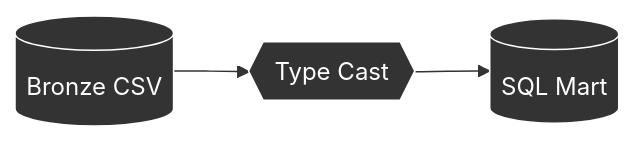
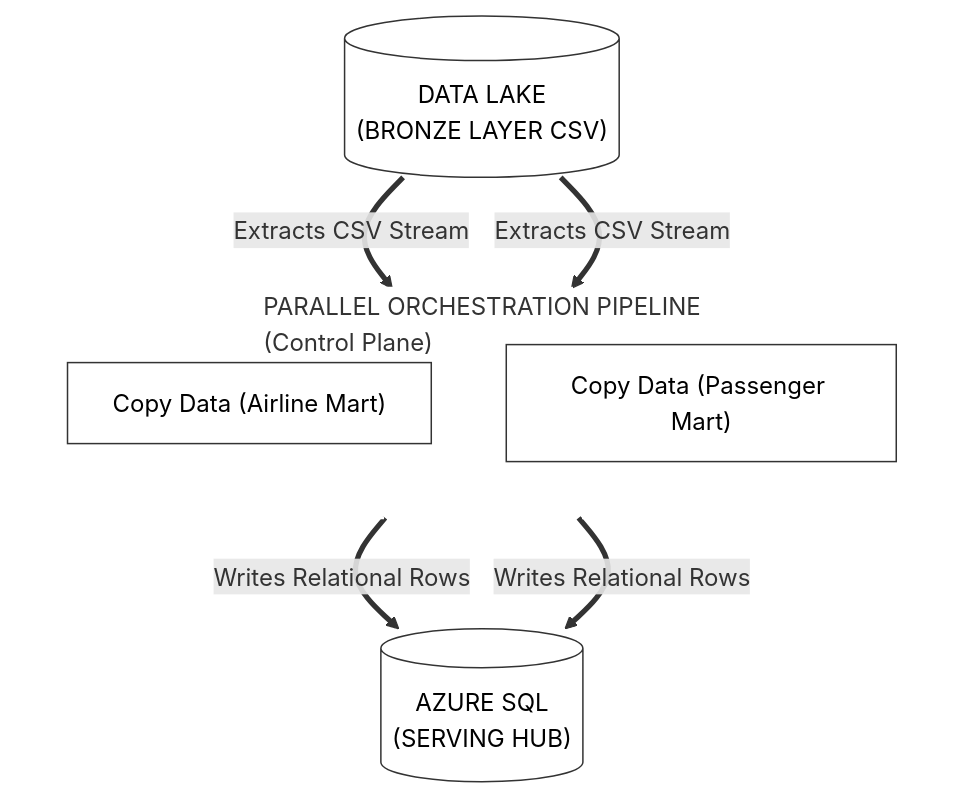
The eighth of 14 diagrams in README.md (hamdahiqbal/ADF-Capstone-Project), drawn with Mermaid before and after one commit. The commit also changed other lines of this file, not shown here.

````diff
--- a/README.md
+++ b/README.md
@@ -206,8 +693,23 @@
 ```mermaid
-graph LR
-    CSV[("Bronze CSV")] --> Casting{{"Type Cast"}} --> Mart[("SQL Mart")]
-    
-    style CSV fill:#333,stroke:#fff,color:#fff
-    style Casting fill:#333,stroke:#fff,color:#fff
-    style Mart fill:#333,stroke:#fff,color:#fff
+flowchart TD
+    ADLS_Src[("DATA LAKE<br>(BRONZE LAYER CSV)")]
+
+    subgraph ADF ["PARALLEL ORCHESTRATION PIPELINE<br>(Control Plane)"]
+        direction TB
+        Copy1["Copy Data (Airline Mart)"]
+        Copy2["Copy Data (Passenger Mart)"]
+    end
+
+    SQL_Snk[("AZURE SQL<br>(SERVING HUB)")]
+
+    ADLS_Src ==>|Extracts CSV Stream| Copy1
+    ADLS_Src ==>|Extracts CSV Stream| Copy2
+    Copy1 ==>|Writes Relational Rows| SQL_Snk
+    Copy2 ==>|Writes Relational Rows| SQL_Snk
+
+    style Copy1 fill:#ffffff,stroke:#333,color:#000
+    style Copy2 fill:#ffffff,stroke:#333,color:#000
+    style SQL_Snk fill:#ffffff,stroke:#333,color:#000
+    style ADLS_Src fill:#ffffff,stroke:#333,color:#000
+    style ADF fill:none,stroke:#ffffff,stroke-width:2px,stroke-dasharray: 4 4
 ```
````
